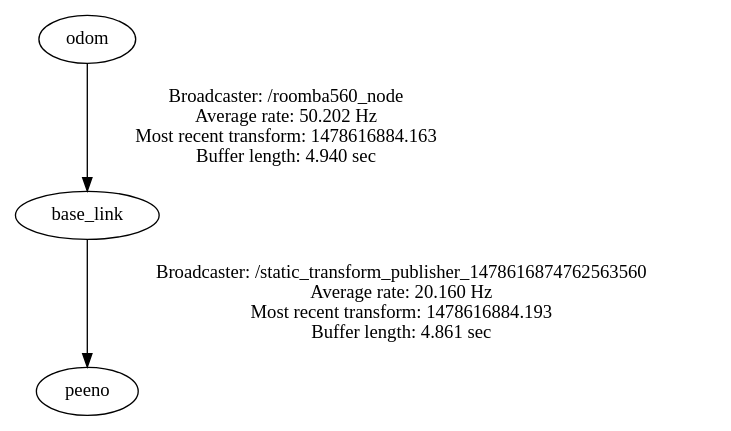
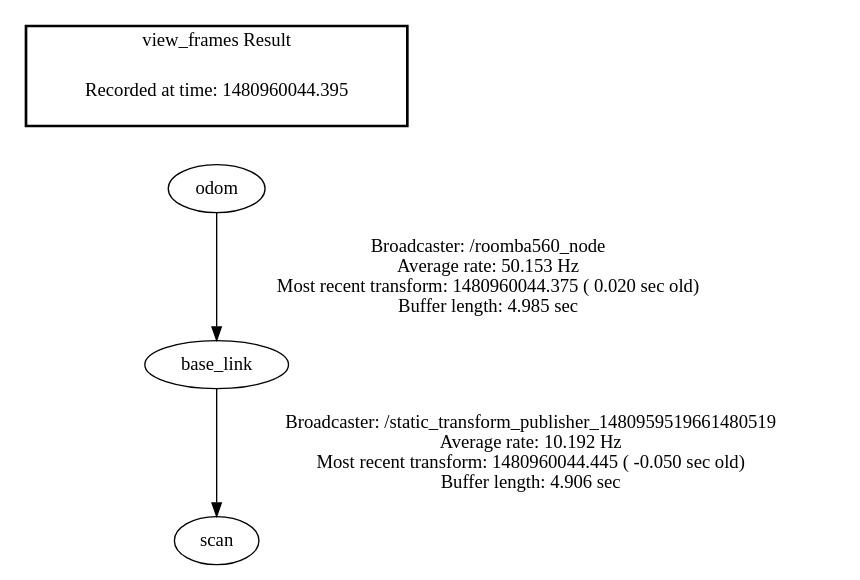
Before and after one commit to McKracken/kmi_ros: the diagram in kmi_navigation/launch/frames.gv, drawn with Graphviz. The commit also changed 6 other files, not shown here.

```diff
--- a/kmi_navigation/launch/frames.gv
+++ b/kmi_navigation/launch/frames.gv
@@ -1,4 +1,8 @@
 digraph G {
-"odom" -> "base_link"[label="Broadcaster: /roomba560_node\nAverage rate: 50.202 Hz\nMost recent transform: 1478616884.163 \nBuffer length: 4.940 sec\n"];
-"base_link" -> "peeno"[label="Broadcaster: /static_transform_publisher_1478616874762563560\nAverage rate: 20.160 Hz\nMost recent transform: 1478616884.193 \nBuffer length: 4.861 sec\n"];
+"odom" -> "base_link"[label="Broadcaster: /roomba560_node\nAverage rate: 50.153 Hz\nMost recent transform: 1480960044.375 ( 0.020 sec old)\nBuffer length: 4.985 sec\n"];
+"base_link" -> "scan"[label="Broadcaster: /static_transform_publisher_1480959519661480519\nAverage rate: 10.192 Hz\nMost recent transform: 1480960044.445 ( -0.050 sec old)\nBuffer length: 4.906 sec\n"];
+edge [style=invis];
+ subgraph cluster_legend { style=bold; color=black; label ="view_frames Result";
+"Recorded at time: 1480960044.395"[ shape=plaintext ] ;
+ }->"odom";
 }
```
